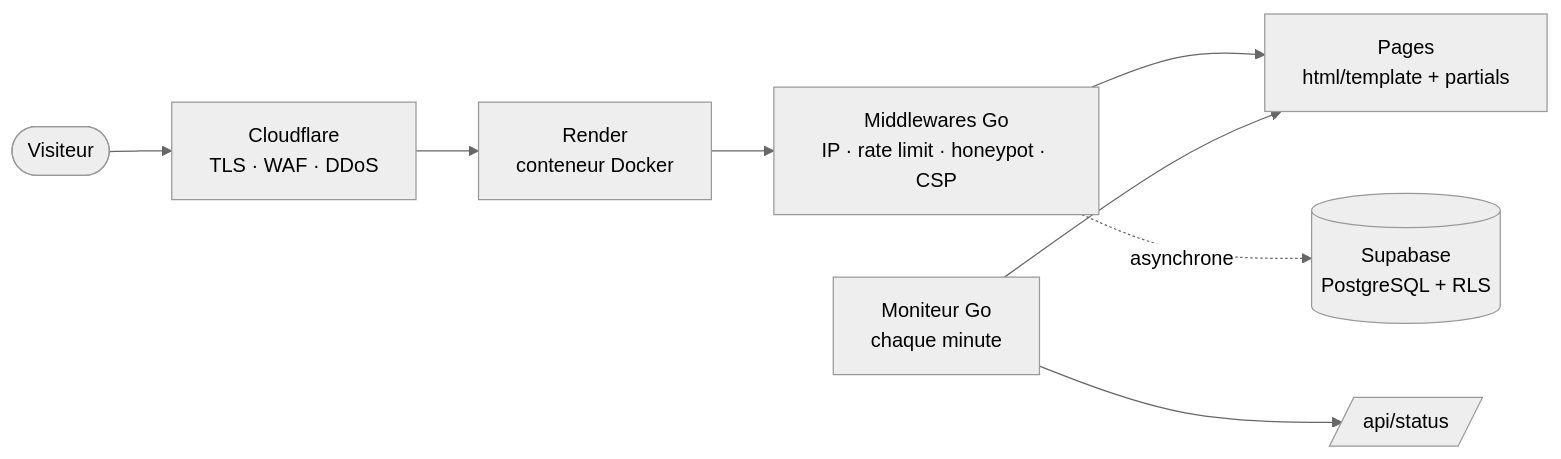
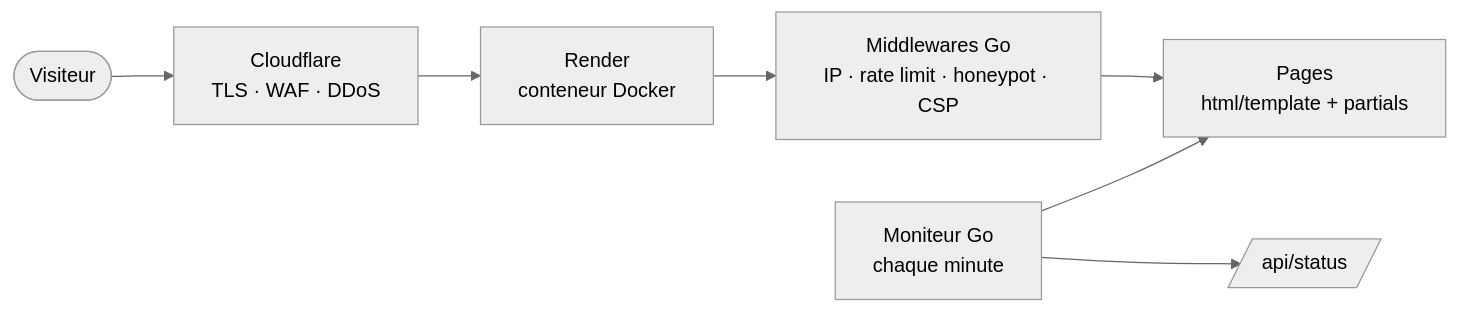
One commit to cogo-orlando/portfolio changed the diagram in README.md. Above: the diagram before and after it, drawn with Mermaid (neutral theme). The commit also changed other lines of this file and 19 other files, not shown here.

````diff
--- a/README.md
+++ b/README.md
@@ -31,10 +31,9 @@
 ```mermaid
 flowchart LR
     V([Visiteur]) --> CF[Cloudflare<br/>TLS · WAF · DDoS]
     CF --> R[Render<br/>conteneur Docker]
     R --> MW[Middlewares Go<br/>IP · rate limit · honeypot · CSP]
     MW --> P[Pages<br/>html/template + partials]
-    MW -. asynchrone .-> DB[(Supabase<br/>PostgreSQL + RLS)]
     MON[Moniteur Go<br/>chaque minute] --> P
     MON --> ST[/api/status/]
 ```
````
